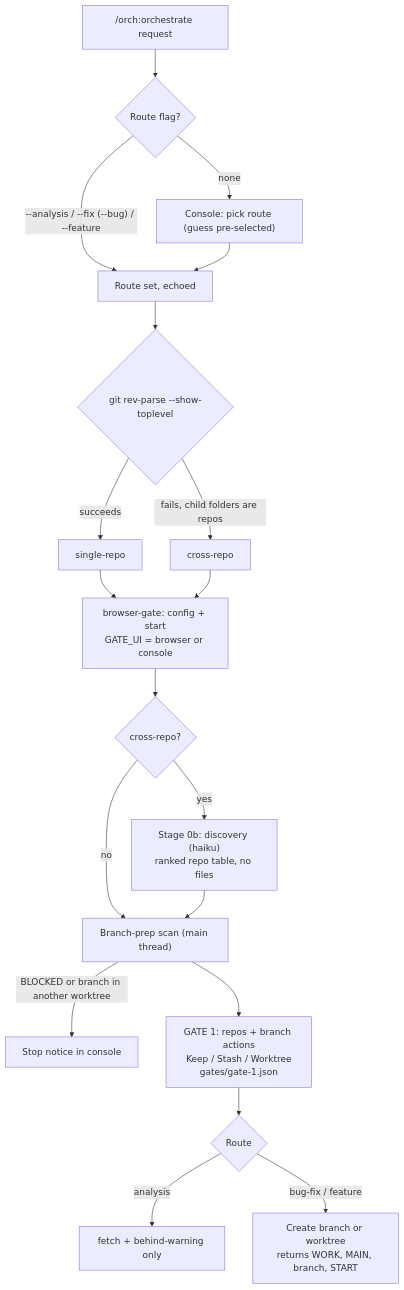
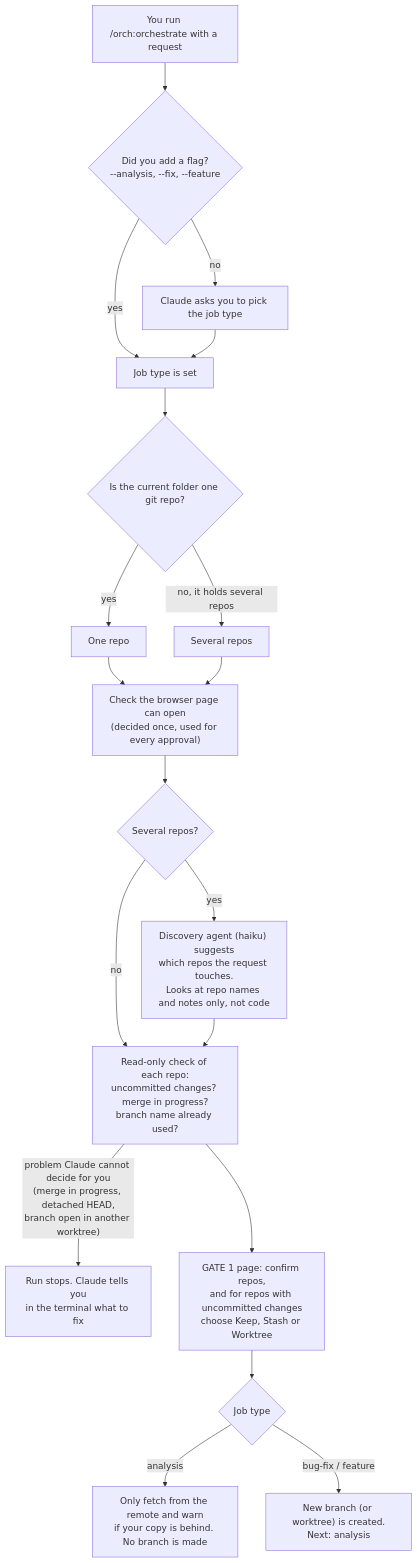
One commit to jaison10/cross-repo-orchestrator changed the first of 3 diagrams in README.md. Above: the diagram before and after it, drawn with Mermaid. The commit also changed other lines of this file, not shown here.

````diff
--- a/README.md
+++ b/README.md
@@ -37,21 +39,21 @@
 ```mermaid
 flowchart TD
-    A["/orch:orchestrate request"] --> B{"Route flag?"}
-    B -- "--analysis / --fix (--bug) / --feature" --> C["Route set, echoed"]
-    B -- "none" --> D["Console: pick route (guess pre-selected)"]
+    A["You run /orch:orchestrate with a request"] --> B{"Did you add a flag?<br/>--analysis, --fix, --feature"}
+    B -- "yes" --> C["Job type is set"]
+    B -- "no" --> D["Claude asks you to pick the job type"]
     D --> C
-    C --> E{"git rev-parse --show-toplevel"}
-    E -- "succeeds" --> F["single-repo"]
-    E -- "fails, child folders are repos" --> G["cross-repo"]
-    F --> H["browser-gate: config + start<br/>GATE_UI = browser or console"]
+    C --> E{"Is the current folder one git repo?"}
+    E -- "yes" --> F["One repo"]
+    E -- "no, it holds several repos" --> G["Several repos"]
+    F --> H["Check the browser page can open<br/>(decided once, used for every approval)"]
     G --> H
-    H --> I{"cross-repo?"}
-    I -- "yes" --> J["Stage 0b: discovery (haiku)<br/>ranked repo table, no files"]
+    H --> I{"Several repos?"}
+    I -- "yes" --> J["Discovery agent (haiku) suggests<br/>which repos the request touches.<br/>Looks at repo names and notes only, not code"]
     I -- "no" --> K
-    J --> K["Branch-prep scan (main thread)"]
-    K -- "BLOCKED or branch in another worktree" --> X["Stop notice in console"]
-    K --> L["GATE 1: repos + branch actions<br/>Keep / Stash / Worktree<br/>gates/gate-1.json"]
-    L --> M{"Route"}
-    M -- "analysis" --> N["fetch + behind-warning only"]
-    M -- "bug-fix / feature" --> O["Create branch or worktree<br/>returns WORK, MAIN, branch, START"]
+    J --> K["Read-only check of each repo:<br/>uncommitted changes? merge in progress?<br/>branch name already used?"]
+    K -- "problem Claude cannot decide for you<br/>(merge in progress, detached HEAD,<br/>branch open in another worktree)" --> X["Run stops. Claude tells you<br/>in the terminal what to fix"]
+    K --> L["GATE 1 page: confirm repos,<br/>and for repos with uncommitted changes<br/>choose Keep, Stash or Worktree"]
+    L --> M{"Job type"}
+    M -- "analysis" --> N["Only fetch from the remote and warn<br/>if your copy is behind. No branch is made"]
+    M -- "bug-fix / feature" --> O["New branch (or worktree) is created.<br/>Next: analysis"]
 ```
````
